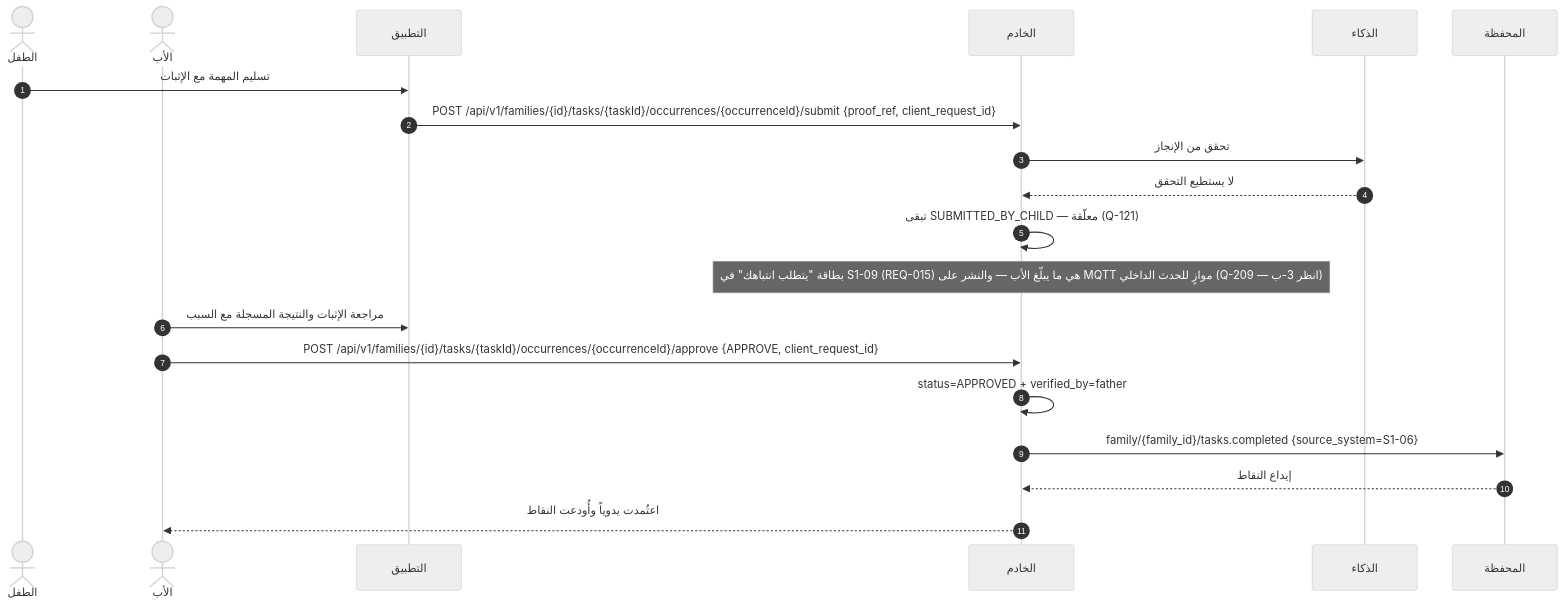
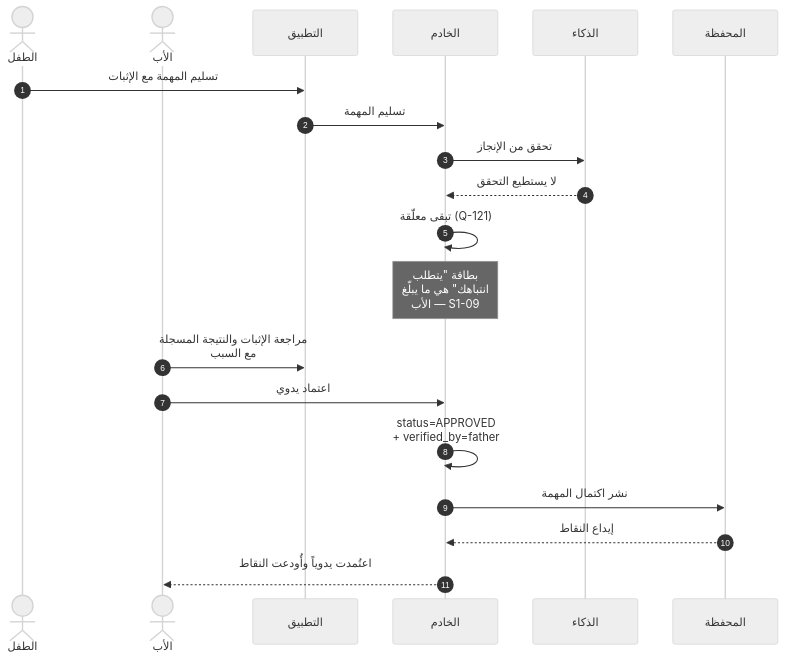
One commit to Bassam-mohammed-alqaeadi/family-os-v2 changed the ninth of 30 diagrams in docs/family-os/governance/phases/phase-1/S1-06-tasks-and-calendar/DIAGRAMS.md. Above: the diagram before and after it, drawn with Mermaid (neutral theme). The commit also changed other lines of this file, not shown here.

````diff
--- a/docs/family-os/governance/phases/phase-1/S1-06-tasks-and-calendar/DIAGRAMS.md
+++ b/docs/family-os/governance/phases/phase-1/S1-06-tasks-and-calendar/DIAGRAMS.md
@@ -320,22 +378,23 @@
 ```mermaid
+%%{init: {"sequence": {"wrap": true}}}%%
 sequenceDiagram
     autonumber
     actor Child as الطفل
     actor Father as الأب
     participant App as التطبيق
     participant Ktor as الخادم
     participant AI as الذكاء
     participant S105 as المحفظة
     Child->>App: تسليم المهمة مع الإثبات
-    App->>Ktor: POST /api/v1/families/{id}/tasks/{taskId}/occurrences/{occurrenceId}/submit {proof_ref, client_request_id}
+    App->>Ktor: تسليم المهمة
     Ktor->>AI: تحقق من الإنجاز
     AI-->>Ktor: لا يستطيع التحقق
-    Ktor->>Ktor: تبقى SUBMITTED_BY_CHILD — معلّقة (Q-121)
-    Note over Ktor: بطاقة "يتطلب انتباهك" في S1-09 (REQ-015) هي ما يبلّغ الأب — والنشر على MQTT موازٍ للحدث الداخلي (Q-209 — انظر 3-ب)
+    Ktor->>Ktor: تبقى معلّقة (Q-121)
+    Note over Ktor: بطاقة "يتطلب انتباهك" هي ما يبلّغ الأب — S1-09
     Father->>App: مراجعة الإثبات والنتيجة المسجلة مع السبب
-    Father->>Ktor: POST /api/v1/families/{id}/tasks/{taskId}/occurrences/{occurrenceId}/approve {APPROVE, client_request_id}
+    Father->>Ktor: اعتماد يدوي
     Ktor->>Ktor: status=APPROVED + verified_by=father
-    Ktor->>S105: family/{family_id}/tasks.completed {source_system=S1-06}
+    Ktor->>S105: نشر اكتمال المهمة
     S105-->>Ktor: إيداع النقاط
     Ktor-->>Father: اعتُمدت يدوياً وأُودعت النقاط
 ```
````
